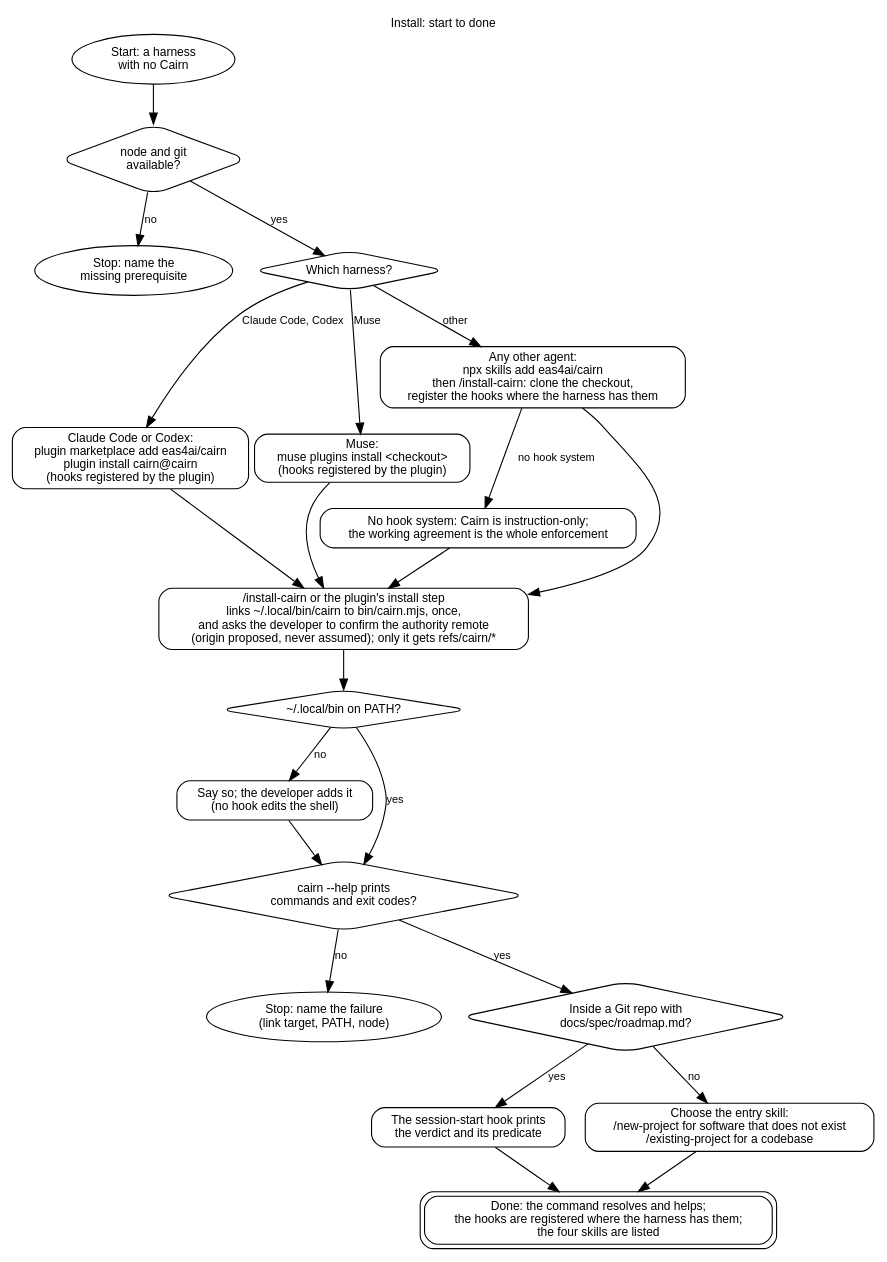
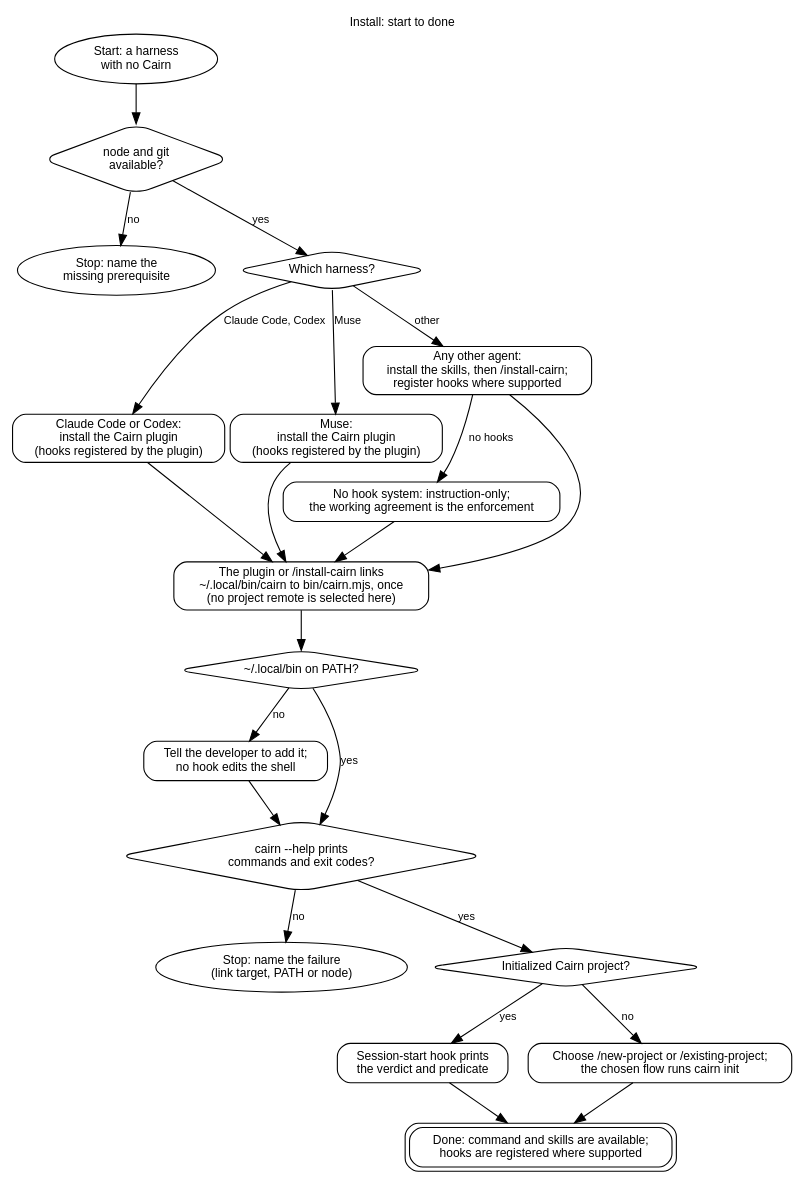
The diagram in docs/diagrams/install.dot (eas4ai/cairn), drawn with Graphviz before and after one commit. The commit also changed 13 other files, not shown here.

```diff
--- a/docs/diagrams/install.dot
+++ b/docs/diagrams/install.dot
@@ -1,44 +1,43 @@
-// Install: from a harness with no Cairn to a working command, hooks and skills.
+// Install: global harness setup. Project policy is initialized by an entry skill.
 digraph install {
   rankdir=TB;
   graph [fontname="Helvetica", fontsize=11, labelloc=t, label="Install: start to done"];
   node  [shape=box, style=rounded, fontname="Helvetica", fontsize=11];
   edge  [fontname="Helvetica", fontsize=10];
 
   start [shape=oval, label="Start: a harness\nwith no Cairn"];
   prereq [shape=diamond, label="node and git\navailable?"];
   missing [shape=oval, label="Stop: name the\nmissing prerequisite"];
   harness [shape=diamond, label="Which harness?"];
-  cc [label="Claude Code or Codex:\nplugin marketplace add eas4ai/cairn\nplugin install cairn@cairn\n(hooks registered by the plugin)"];
-  muse [label="Muse:\nmuse plugins install <checkout>\n(hooks registered by the plugin)"];
-  other [label="Any other agent:\nnpx skills add eas4ai/cairn\nthen /install-cairn: clone the checkout,\nregister the hooks where the harness has them"];
-  nohooks [label="No hook system: Cairn is instruction-only;\nthe working agreement is the whole enforcement"];
-  link [label="/install-cairn or the plugin's install step\nlinks ~/.local/bin/cairn to bin/cairn.mjs, once,\nand asks the developer to confirm the authority remote\n(origin proposed, never assumed); only it gets refs/cairn/*"];
+  cc [label="Claude Code or Codex:\ninstall the Cairn plugin\n(hooks registered by the plugin)"];
+  muse [label="Muse:\ninstall the Cairn plugin\n(hooks registered by the plugin)"];
+  other [label="Any other agent:\ninstall the skills, then /install-cairn;\nregister hooks where supported"];
+  nohooks [label="No hook system: instruction-only;\nthe working agreement is the enforcement"];
+  link [label="The plugin or /install-cairn links\n~/.local/bin/cairn to bin/cairn.mjs, once\n(no project remote is selected here)"];
   path [shape=diamond, label="~/.local/bin on PATH?"];
-  addpath [label="Say so; the developer adds it\n(no hook edits the shell)"];
+  addpath [label="Tell the developer to add it;\nno hook edits the shell"];
   help [shape=diamond, label="cairn --help prints\ncommands and exit codes?"];
-  broken [shape=oval, label="Stop: name the failure\n(link target, PATH, node)"];
-  project [shape=diamond, label="Inside a Git repo with\ndocs/spec/roadmap.md?"];
-  wake [label="The session-start hook prints\nthe verdict and its predicate"];
-  choose [label="Choose the entry skill:\n/new-project for software that does not exist\n/existing-project for a codebase"];
-  done [shape=box, peripheries=2, label="Done: the command resolves and helps;\nthe hooks are registered where the harness has them;\nthe four skills are listed"];
+  broken [shape=oval, label="Stop: name the failure\n(link target, PATH or node)"];
+  project [shape=diamond, label="Initialized Cairn project?"];
+  wake [label="Session-start hook prints\nthe verdict and predicate"];
+  choose [label="Choose /new-project or /existing-project;\nthe chosen flow runs cairn init"];
+  done [shape=box, peripheries=2, label="Done: command and skills are available;\nhooks are registered where supported"];
 
   start -> prereq;
   prereq -> missing [label="no"];
   prereq -> harness [label="yes"];
   harness -> cc [label="Claude Code, Codex"];
   harness -> muse [label="Muse"];
   harness -> other [label="other"];
-  other -> nohooks [label="no hook system"];
+  other -> nohooks [label="no hooks"];
   cc -> link; muse -> link; other -> link; nohooks -> link;
   link -> path;
   path -> addpath [label="no"];
   path -> help [label="yes"];
   addpath -> help;
   help -> broken [label="no"];
   help -> project [label="yes"];
   project -> wake [label="yes"];
   project -> choose [label="no"];
-  wake -> done;
-  choose -> done;
+  wake -> done; choose -> done;
 }
```
